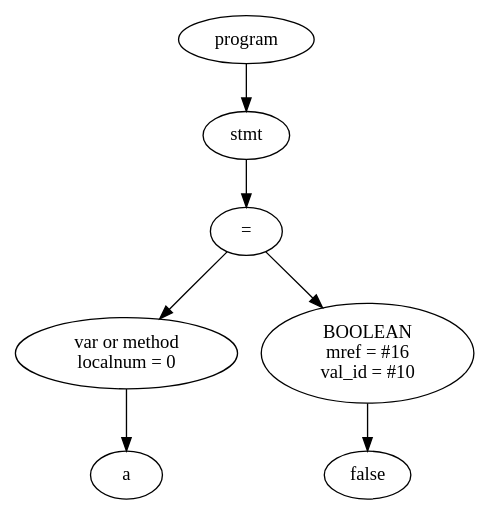
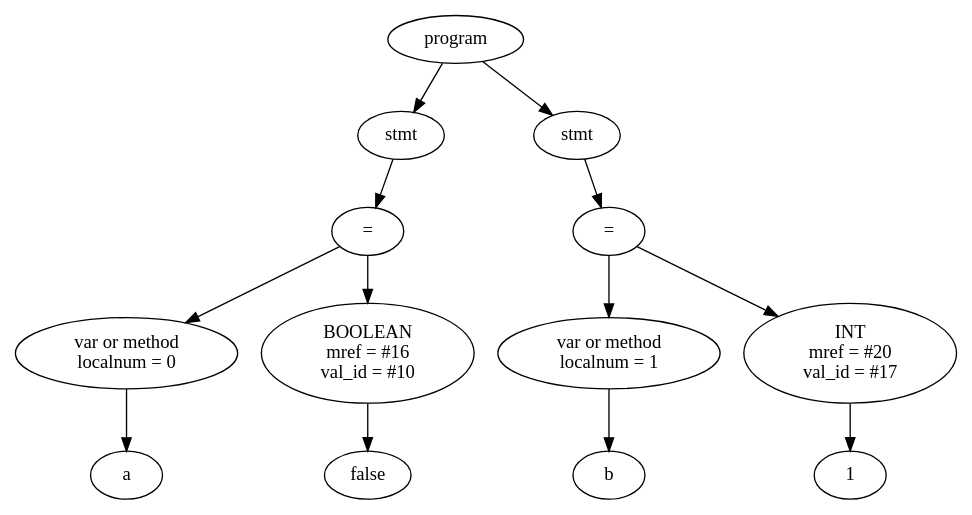
One commit to Kulakov-Nikita/RubyCompiler changed the diagram in RubyCompiler/tree.dot. Above: the diagram before and after it, drawn with Graphviz. The commit also changed 3 other files, not shown here.

```diff
--- a/RubyCompiler/tree.dot
+++ b/RubyCompiler/tree.dot
@@ -1,15 +1,27 @@
 digraph G {
-Id00E45248 [label="program"]
-Id00E53D90 [label="stmt"]
-Id00E53D30 [label="="]
-Id00E451E8 [label="var or method\n localnum = 0"]
-IdVal00E451E8 [label="a"]
-Id00E451E8->IdVal00E451E8
-Id00E53CD0 [label="BOOLEAN\n mref = #16\n val_id = #10"]
-IdVal00E53CD0 [label="false"]
-Id00E53CD0->IdVal00E53CD0
-Id00E53D30->Id00E451E8
-Id00E53D30->Id00E53CD0
-Id00E53D90->Id00E53D30
-Id00E45248->Id00E53D90
+Id012E4788 [label="program"]
+Id012E3D90 [label="stmt"]
+Id012E3D30 [label="="]
+Id012D51E8 [label="var or method\n localnum = 0"]
+IdVal012D51E8 [label="a"]
+Id012D51E8->IdVal012D51E8
+Id012E3CD0 [label="BOOLEAN\n mref = #16\n val_id = #10"]
+IdVal012E3CD0 [label="false"]
+Id012E3CD0->IdVal012E3CD0
+Id012E3D30->Id012D51E8
+Id012E3D30->Id012E3CD0
+Id012E3D90->Id012E3D30
+Id012E4788->Id012E3D90
+Id012E3FB8 [label="stmt"]
+Id012E3EE0 [label="="]
+Id012E3E20 [label="var or method\n localnum = 1"]
+IdVal012E3E20 [label="b"]
+Id012E3E20->IdVal012E3E20
+Id012E3E80 [label="INT\n mref = #20\n val_id = #17"]
+IdVal012E3E80 [label="1"]
+Id012E3E80->IdVal012E3E80
+Id012E3EE0->Id012E3E20
+Id012E3EE0->Id012E3E80
+Id012E3FB8->Id012E3EE0
+Id012E4788->Id012E3FB8
 }
```
